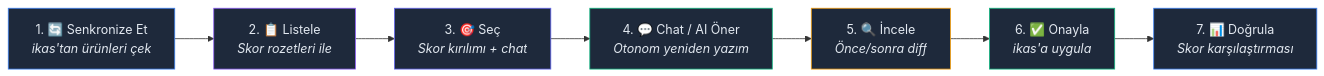
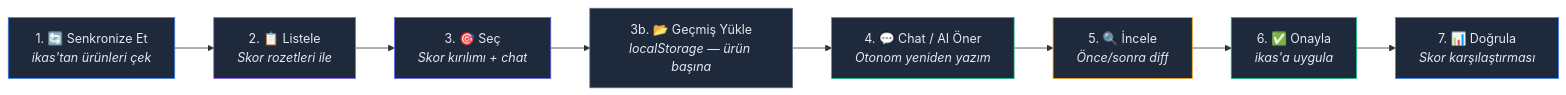
Diagram 15 of 16 in README.md (YigitKa/ikas-ai-seo-agent), drawn with Mermaid before and after one commit. The commit also changed other lines of this file and 5 other files, not shown here.

````diff
--- a/README.md
+++ b/README.md
@@ -582,17 +610,19 @@
 ```mermaid
 graph LR
     SYNC["1. 🔄 Senkronize Et<br/><i>ikas'tan ürünleri çek</i>"] --> BROWSE["2. 📋 Listele<br/><i>Skor rozetleri ile</i>"]
     BROWSE --> SELECT["3. 🎯 Seç<br/><i>Skor kırılımı + chat</i>"]
-    SELECT --> CHAT["4. 💬 Chat / AI Öner<br/><i>Otonom yeniden yazım</i>"]
+    SELECT --> HIST["3b. 📂 Geçmiş Yükle<br/><i>localStorage — ürün başına</i>"]
+    HIST --> CHAT["4. 💬 Chat / AI Öner<br/><i>Otonom yeniden yazım</i>"]
     CHAT --> REVIEW["5. 🔍 İncele<br/><i>Önce/sonra diff</i>"]
     REVIEW --> APPLY["6. ✅ Onayla<br/><i>ikas'a uygula</i>"]
     APPLY --> VERIFY["7. 📊 Doğrula<br/><i>Skor karşılaştırması</i>"]
 
     style SYNC fill:#1e293b,stroke:#3b82f6,color:#e2e8f0
     style BROWSE fill:#1e293b,stroke:#8b5cf6,color:#e2e8f0
     style SELECT fill:#1e293b,stroke:#6366f1,color:#e2e8f0
+    style HIST fill:#1e293b,stroke:#64748b,color:#e2e8f0
     style CHAT fill:#1e293b,stroke:#10b981,color:#e2e8f0
     style REVIEW fill:#1e293b,stroke:#f59e0b,color:#e2e8f0
     style APPLY fill:#1e293b,stroke:#10b981,color:#e2e8f0
     style VERIFY fill:#1e293b,stroke:#3b82f6,color:#e2e8f0
 ```
````
